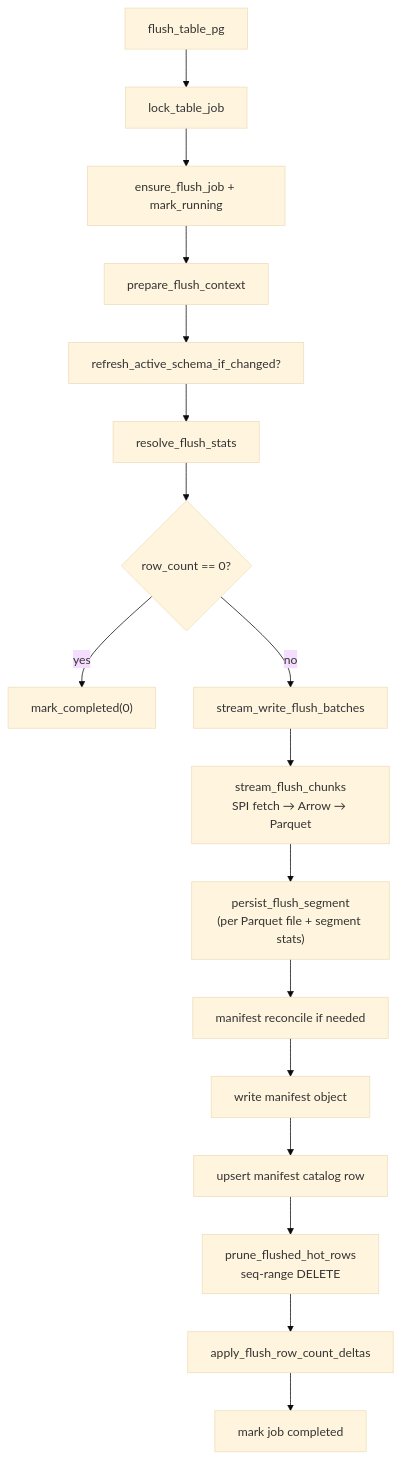
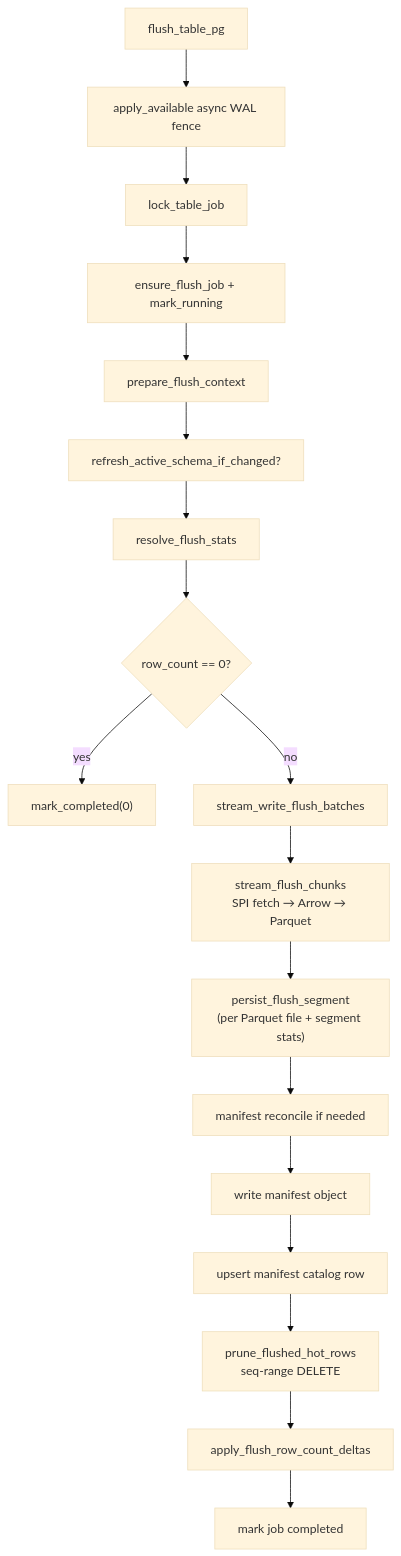
The diagram in docs/architecture/flushing-table.md (kalamdb/koldstore), drawn with Mermaid (base theme) before and after one commit. The commit also changed other lines of this file and 61 other files, not shown here.

First line of the commit message:
Add optional async WAL-backed mirror capture

````diff
--- a/docs/architecture/flushing-table.md
+++ b/docs/architecture/flushing-table.md
@@ -21,19 +21,20 @@
 ```mermaid
 flowchart TD
-  A["flush_table_pg"] --> B["lock_table_job"]
+  A["flush_table_pg"] --> W["apply_available async WAL fence"]
+  W --> B["lock_table_job"]
   B --> C["ensure_flush_job + mark_running"]
   C --> D["prepare_flush_context"]
   D --> E["refresh_active_schema_if_changed?"]
   E --> F["resolve_flush_stats"]
   F --> G{row_count == 0?}
   G -->|yes| H["mark_completed(0)"]
   G -->|no| I["stream_write_flush_batches"]
   I --> J["stream_flush_chunks\nSPI fetch → Arrow → Parquet"]
   J --> K["persist_flush_segment\n(per Parquet file + segment stats)"]
   K --> L["manifest reconcile if needed"]
   L --> M["write manifest object"]
   M --> N["upsert manifest catalog row"]
   N --> O["prune_flushed_hot_rows\nseq-range DELETE"]
   O --> P["apply_flush_row_count_deltas"]
   P --> Q["mark job completed"]
 ```
````
